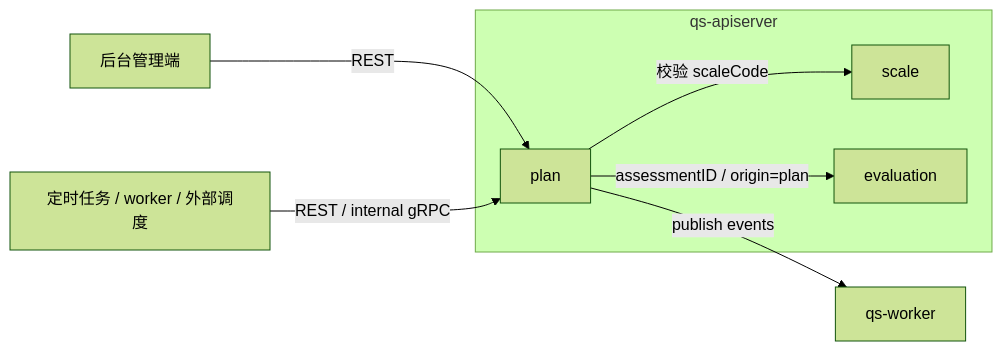
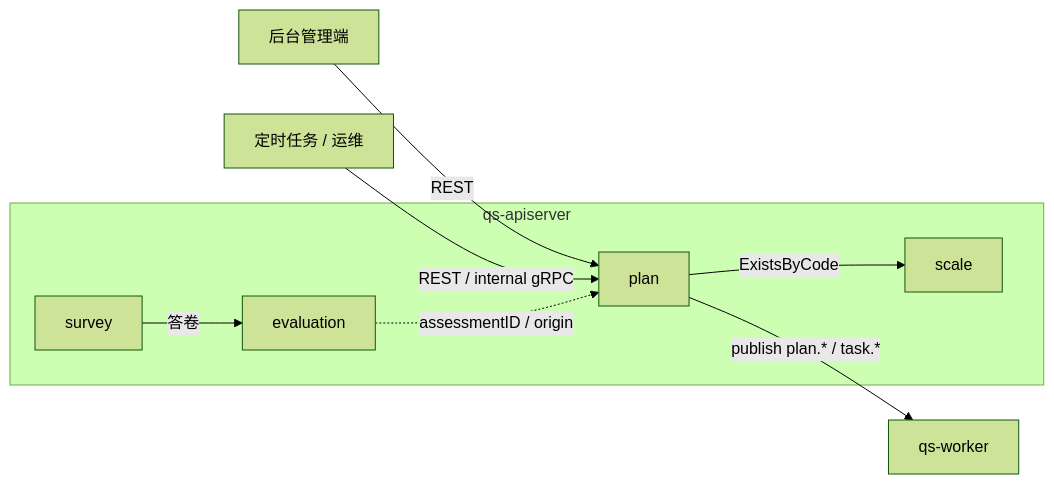
The first of 4 diagrams in docs/02-业务模块/04-plan.md (FangcunMount/qs-server), drawn with Mermaid (forest theme) before and after one commit. The commit also changed other lines of this file and 34 other files, not shown here.

````diff
--- a/docs/02-业务模块/04-plan.md
+++ b/docs/02-业务模块/04-plan.md
@@ -45,18 +47,20 @@
 ```mermaid
 flowchart LR
     admin[后台管理端]
-    cron[定时任务 / worker / 外部调度]
+    cron[定时任务 / 运维]
     worker[qs-worker]
 
     subgraph apiserver[qs-apiserver]
         plan[plan]
         scale[scale]
+        survey[survey]
         evaluation[evaluation]
     end
 
     admin -->|REST| plan
     cron -->|REST / internal gRPC| plan
-    plan -->|校验 scaleCode| scale
-    plan -->|assessmentID / origin=plan| evaluation
-    plan -->|publish events| worker
+    plan -->|ExistsByCode| scale
+    plan -->|publish plan.* / task.*| worker
+    survey -->|答卷| evaluation
+    evaluation -.->|assessmentID / origin| plan
 ```
````
